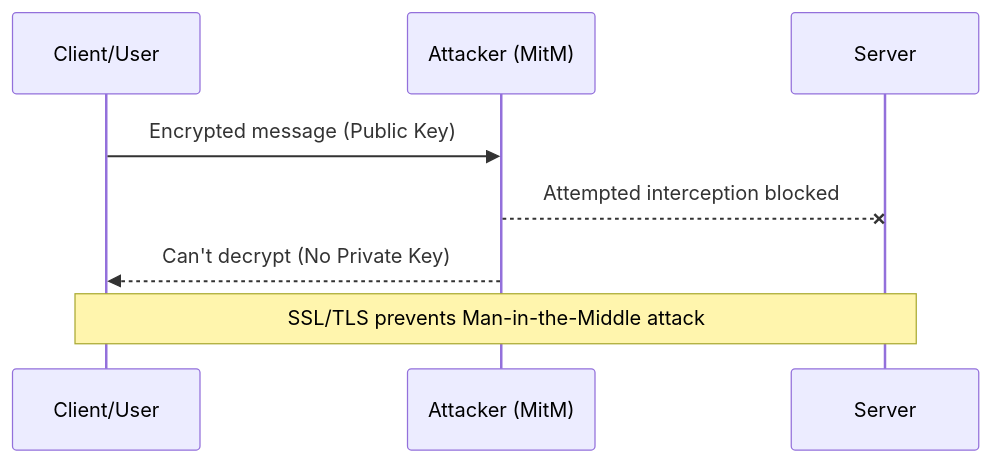
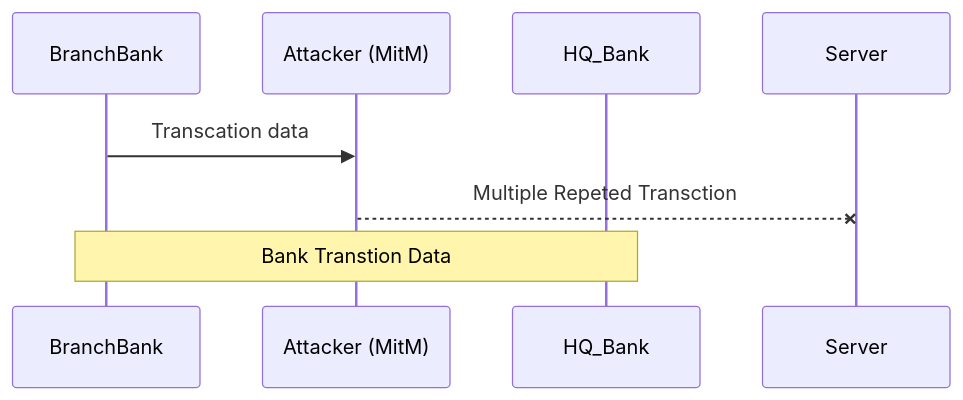
One commit to Rajeev-Tamang/OpenSSL changed the fourth of 4 diagrams in README.md. Above: the diagram before and after it, drawn with Mermaid.

````diff
--- a/README.md
+++ b/README.md
@@ -75,11 +75,10 @@
 ```mermaid
 sequenceDiagram
-    participant Client as Client/User
+    participant BranchBank as BranchBank
     participant Attacker as Attacker (MitM)
-    participant Server as Server
+    participant HQ_Bank as HQ_Bank
 
-    Client->>Attacker: Encrypted message (Public Key)
-    Attacker--xServer: Attempted interception blocked
-    Attacker-->>Client: Can't decrypt (No Private Key)
-    Note over Client,Server: SSL/TLS prevents Man-in-the-Middle attack
+    BranchBank->>Attacker: Transcation data
+    Attacker--xServer: Multiple Repeted Transction
+    Note over BranchBank,HQ_Bank: Bank Transtion Data
 ```
````
